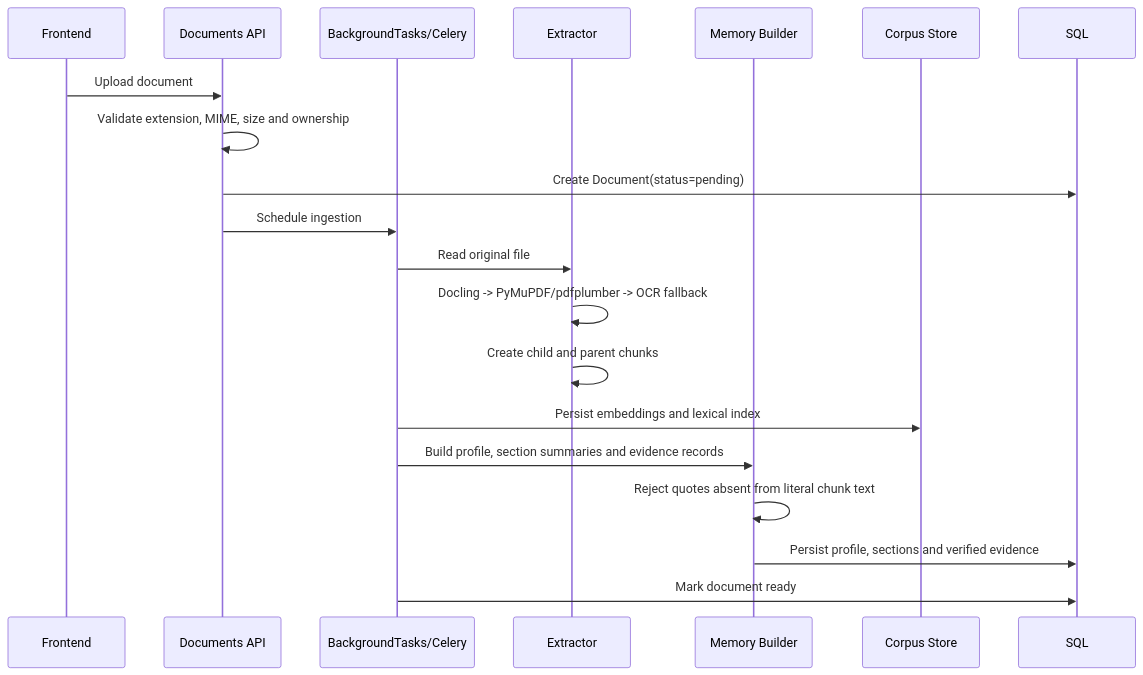
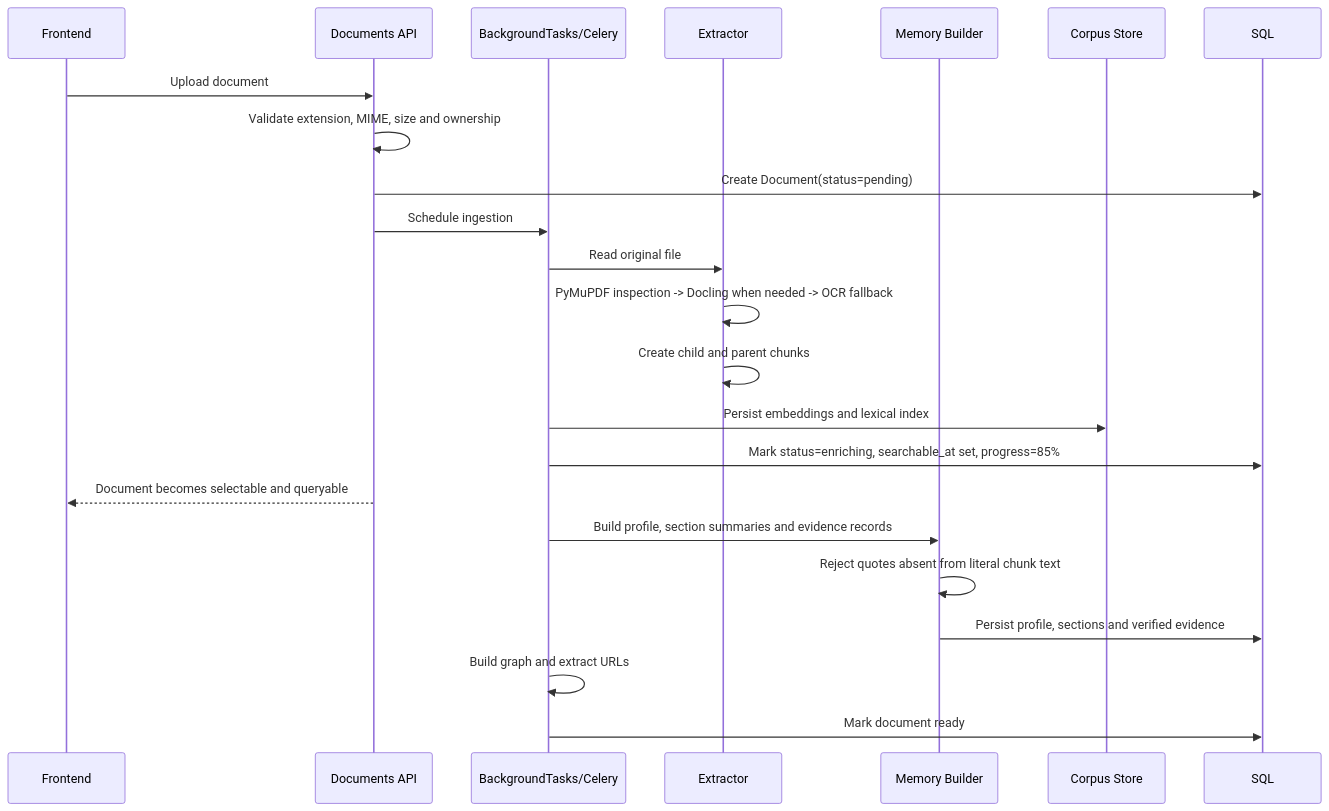
The third of 8 diagrams in docs/ARCHITECTURE.md (Shazam15/PDF-Assistant-RAG), drawn with Mermaid before and after one commit. The commit also changed other lines of this file and 2 other files, not shown here.

````diff
--- a/docs/ARCHITECTURE.md
+++ b/docs/ARCHITECTURE.md
@@ -160,23 +192,26 @@
 ```mermaid
 sequenceDiagram
     participant UI as Frontend
     participant API as Documents API
     participant Queue as BackgroundTasks/Celery
     participant Extractor as Extractor
     participant Memory as Memory Builder
     participant Store as Corpus Store
     participant DB as SQL
 
     UI->>API: Upload document
     API->>API: Validate extension, MIME, size and ownership
     API->>DB: Create Document(status=pending)
     API->>Queue: Schedule ingestion
     Queue->>Extractor: Read original file
-    Extractor->>Extractor: Docling -> PyMuPDF/pdfplumber -> OCR fallback
+    Extractor->>Extractor: PyMuPDF inspection -> Docling when needed -> OCR fallback
     Extractor->>Extractor: Create child and parent chunks
     Queue->>Store: Persist embeddings and lexical index
+    Queue->>DB: Mark status=enriching, searchable_at set, progress=85%
+    API-->>UI: Document becomes selectable and queryable
     Queue->>Memory: Build profile, section summaries and evidence records
     Memory->>Memory: Reject quotes absent from literal chunk text
     Memory->>DB: Persist profile, sections and verified evidence
+    Queue->>Queue: Build graph and extract URLs
     Queue->>DB: Mark document ready
 ```
````
